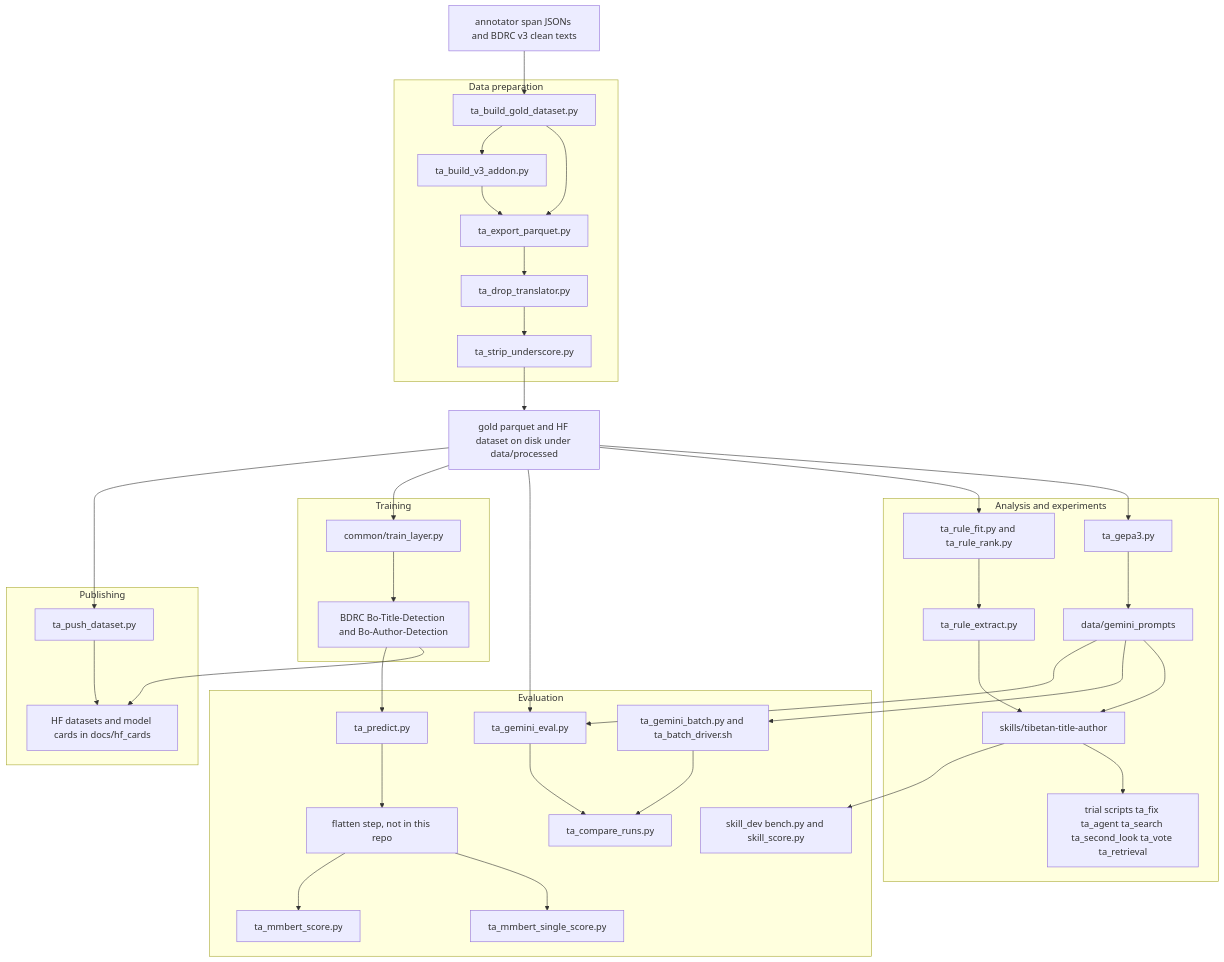
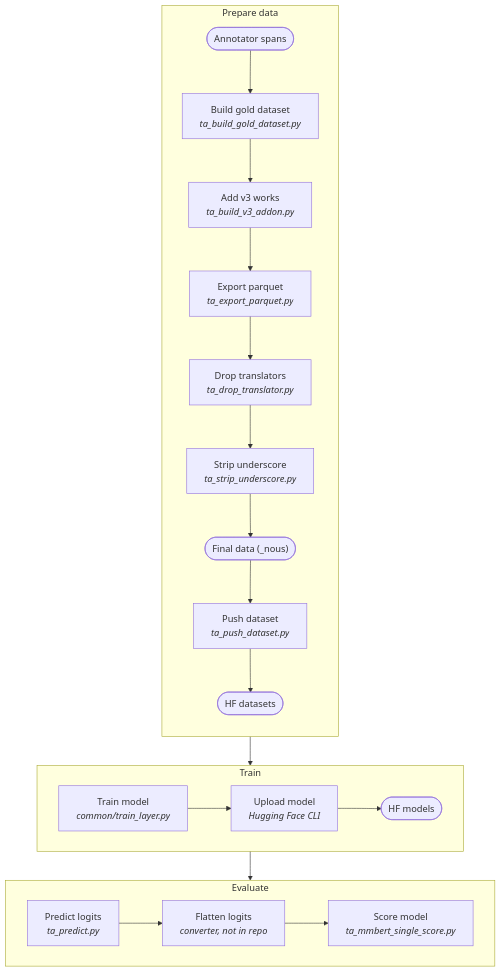
One commit to tenzinyonten/tibetan-layer-detection changed the first of 2 diagrams in title_author/README.md. Above: the diagram before and after it, drawn with Mermaid. The commit also changed other lines of this file and 9 other files, not shown here.

Commit message:
title_author: README in the common format; delete docs/huggingface.md; docstrings and help text of the pipeline scripts

````diff
--- a/title_author/README.md
+++ b/title_author/README.md
@@ -44,67 +33,26 @@
 ```mermaid
 flowchart TD
-    I1["annotator span JSONs and BDRC v3 clean texts"]
-    I2["gold parquet and HF dataset on disk under data/processed"]
-    subgraph PREP["Data preparation"]
-        A1["ta_build_gold_dataset.py"]
-        A2["ta_build_v3_addon.py"]
-        A3["ta_export_parquet.py"]
-        A4["ta_drop_translator.py"]
-        A5["ta_strip_underscore.py"]
-    end
-    subgraph TRAIN["Training"]
-        T1["common/train_layer.py"]
-        T2["BDRC Bo-Title-Detection and Bo-Author-Detection"]
-    end
-    subgraph EVAL["Evaluation"]
-        E1["ta_predict.py"]
-        E2["flatten step, not in this repo"]
-        E3["ta_mmbert_score.py"]
-        E4["ta_mmbert_single_score.py"]
-        E5["ta_gemini_eval.py"]
-        E6["ta_gemini_batch.py and ta_batch_driver.sh"]
-        E7["ta_compare_runs.py"]
-        E8["skill_dev bench.py and skill_score.py"]
-    end
-    subgraph PUB["Publishing"]
-        P1["ta_push_dataset.py"]
-        P2["HF datasets and model cards in docs/hf_cards"]
-    end
-    subgraph EXP["Analysis and experiments"]
-        R1["ta_rule_fit.py and ta_rule_rank.py"]
-        R2["ta_rule_extract.py"]
-        G1["ta_gepa3.py"]
-        G2["data/gemini_prompts"]
-        S1["skills/tibetan-title-author"]
-        X1["trial scripts ta_fix ta_agent ta_search ta_second_look ta_vote ta_retrieval"]
-    end
-    I1 --> A1
-    A1 --> A2
-    A1 --> A3
-    A2 --> A3
-    A3 --> A4
-    A4 --> A5
-    A5 --> I2
-    I2 --> P1
-    P1 --> P2
-    I2 --> T1
-    T1 --> T2
-    T2 --> E1
-    E1 --> E2
-    E2 --> E3
-    E2 --> E4
-    I2 --> E5
-    G2 --> E5
-    G2 --> E6
-    E5 --> E7
-    E6 --> E7
-    I2 --> R1
-    R1 --> R2
-    R2 --> S1
-    I2 --> G1
-    G1 --> G2
-    G2 --> S1
-    S1 --> E8
-    S1 --> X1
-    T2 --> P2
+  subgraph PREP["Prepare data"]
+    direction TB
+    F1(["Annotator spans"]) --> S1["Build gold dataset<br/><i>ta_build_gold_dataset.py</i>"]
+    S1 --> S2["Add v3 works<br/><i>ta_build_v3_addon.py</i>"]
+    S2 --> S3["Export parquet<br/><i>ta_export_parquet.py</i>"]
+    S3 --> S4["Drop translators<br/><i>ta_drop_translator.py</i>"]
+    S4 --> S5["Strip underscore<br/><i>ta_strip_underscore.py</i>"]
+    S5 --> F2(["Final data (_nous)"])
+    F2 --> S6["Push dataset<br/><i>ta_push_dataset.py</i>"]
+    S6 --> F3(["HF datasets"])
+  end
+  subgraph TRAIN["Train"]
+    direction LR
+    T1["Train model<br/><i>common/train_layer.py</i>"] --> T2["Upload model<br/><i>Hugging Face CLI</i>"]
+    T2 --> F4(["HF models"])
+  end
+  subgraph EVAL["Evaluate"]
+    direction LR
+    E1["Predict logits<br/><i>ta_predict.py</i>"] --> E2["Flatten logits<br/><i>converter, not in repo</i>"]
+    E2 --> E3["Score model<br/><i>ta_mmbert_single_score.py</i>"]
+  end
+  PREP --> TRAIN
+  TRAIN --> EVAL
 ```
````
